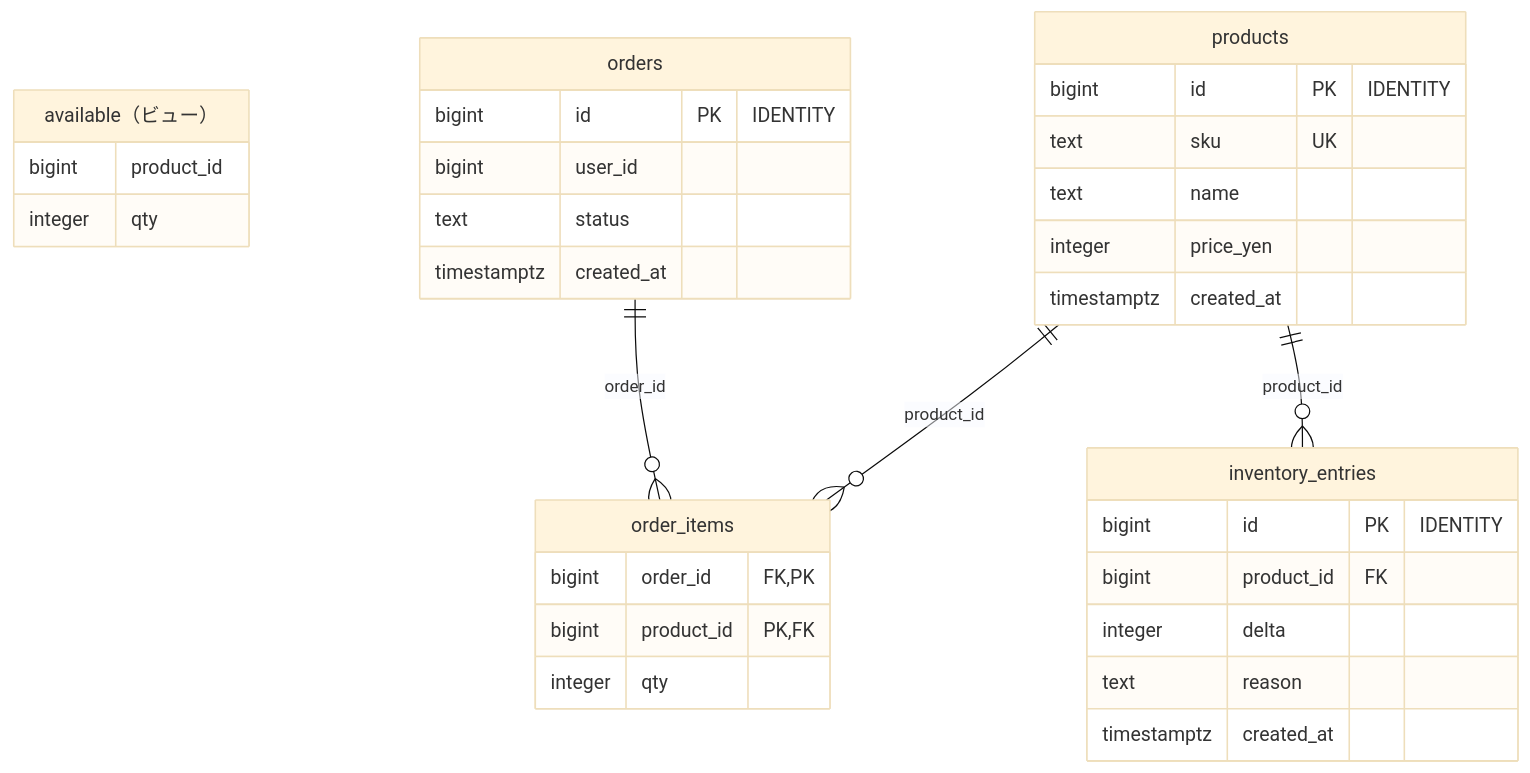
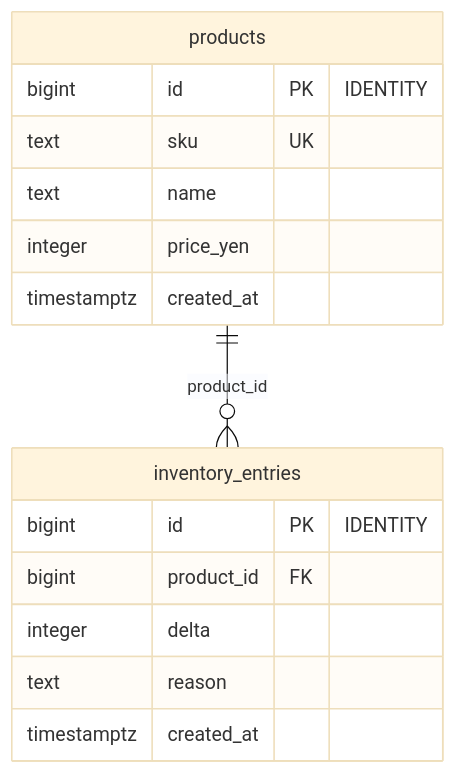
One commit to driftnode986/postgresql-db-design-samples changed the seventh of 9 diagrams in ch05_order_and_inventory/README.md. Above: the diagram before and after it, drawn with Mermaid (base theme). The commit also changed other lines of this file and 15 other files, not shown here.

First line of the commit message:
docs: 設計案の構成図を縦並びにし、幅の広い ER 図を分けて、GitHub で縮まない大きさにする

````diff
--- a/ch05_order_and_inventory/README.md
+++ b/ch05_order_and_inventory/README.md
@@ -108,35 +126,18 @@
 ```mermaid
 erDiagram
-  available["available（ビュー）"] {
-    bigint product_id
-    integer qty
-  }
   inventory_entries {
     bigint id PK "IDENTITY"
     bigint product_id FK
     integer delta
     text reason
-    timestamptz created_at
-  }
-  order_items {
-    bigint order_id FK, PK
-    bigint product_id PK, FK
-    integer qty
-  }
-  orders {
-    bigint id PK "IDENTITY"
-    bigint user_id
-    text status
     timestamptz created_at
   }
   products {
     bigint id PK "IDENTITY"
     text sku UK
     text name
     integer price_yen
     timestamptz created_at
   }
   products ||--o{ inventory_entries : "product_id"
-  orders ||--o{ order_items : "order_id"
-  products ||--o{ order_items : "product_id"
 ```
````
